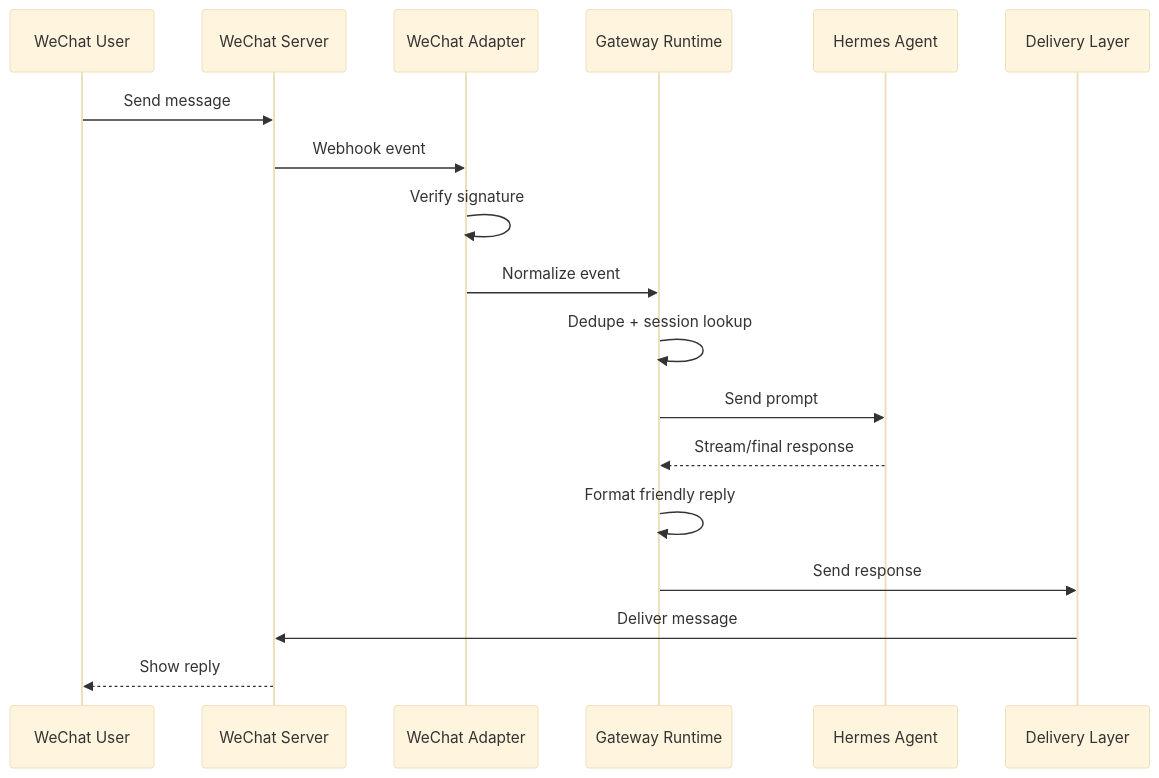
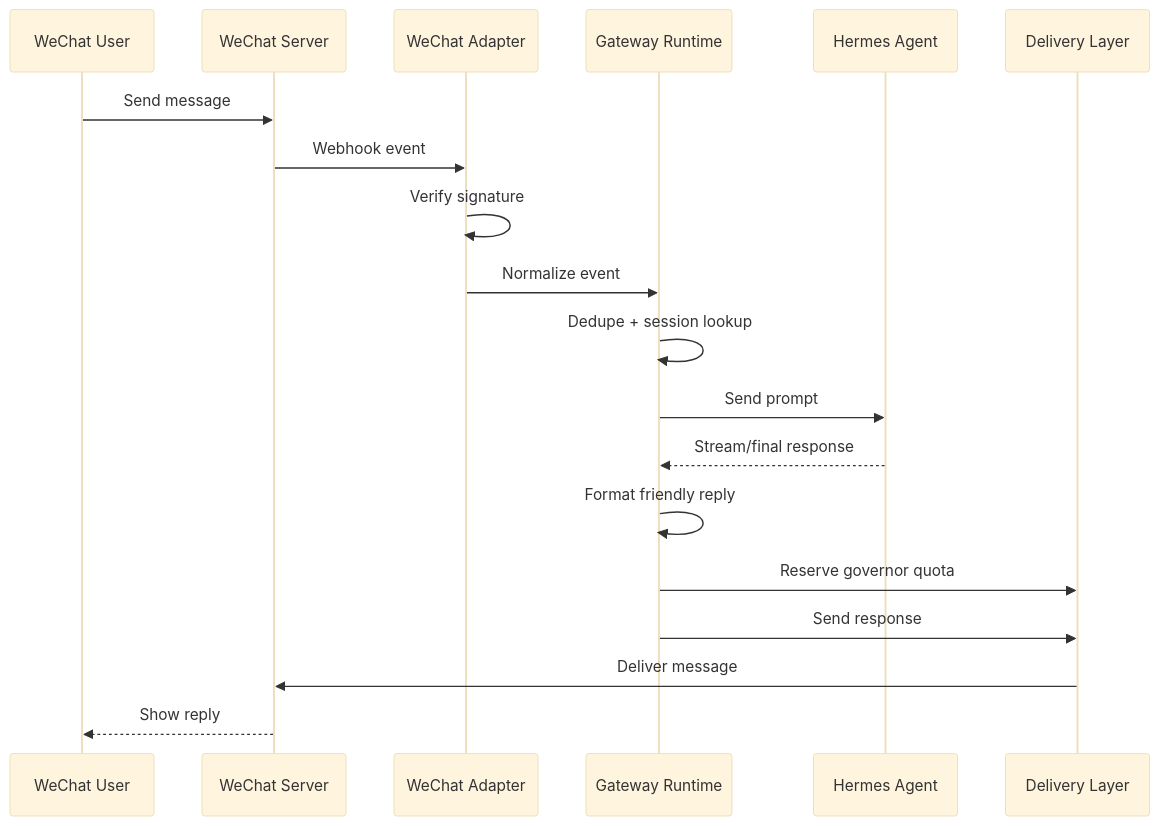
Before and after one commit to luSkyl/hermes-wechat-bridge: the diagram in docs/message-lifecycle.md, drawn with Mermaid (base theme). The commit also changed other lines of this file and 21 other files, not shown here.

Commit message:
feat: add weixin delivery governor

````diff
--- a/docs/message-lifecycle.md
+++ b/docs/message-lifecycle.md
@@ -3,21 +3,22 @@
 ```mermaid
 sequenceDiagram
   participant User as WeChat User
   participant WeChat as WeChat Server
   participant Adapter as WeChat Adapter
   participant Gateway as Gateway Runtime
   participant Hermes as Hermes Agent
   participant Delivery as Delivery Layer
 
   User->>WeChat: Send message
   WeChat->>Adapter: Webhook event
   Adapter->>Adapter: Verify signature
   Adapter->>Gateway: Normalize event
   Gateway->>Gateway: Dedupe + session lookup
   Gateway->>Hermes: Send prompt
   Hermes-->>Gateway: Stream/final response
   Gateway->>Gateway: Format friendly reply
+  Gateway->>Delivery: Reserve governor quota
   Gateway->>Delivery: Send response
   Delivery->>WeChat: Deliver message
   WeChat-->>User: Show reply
 ```
````
